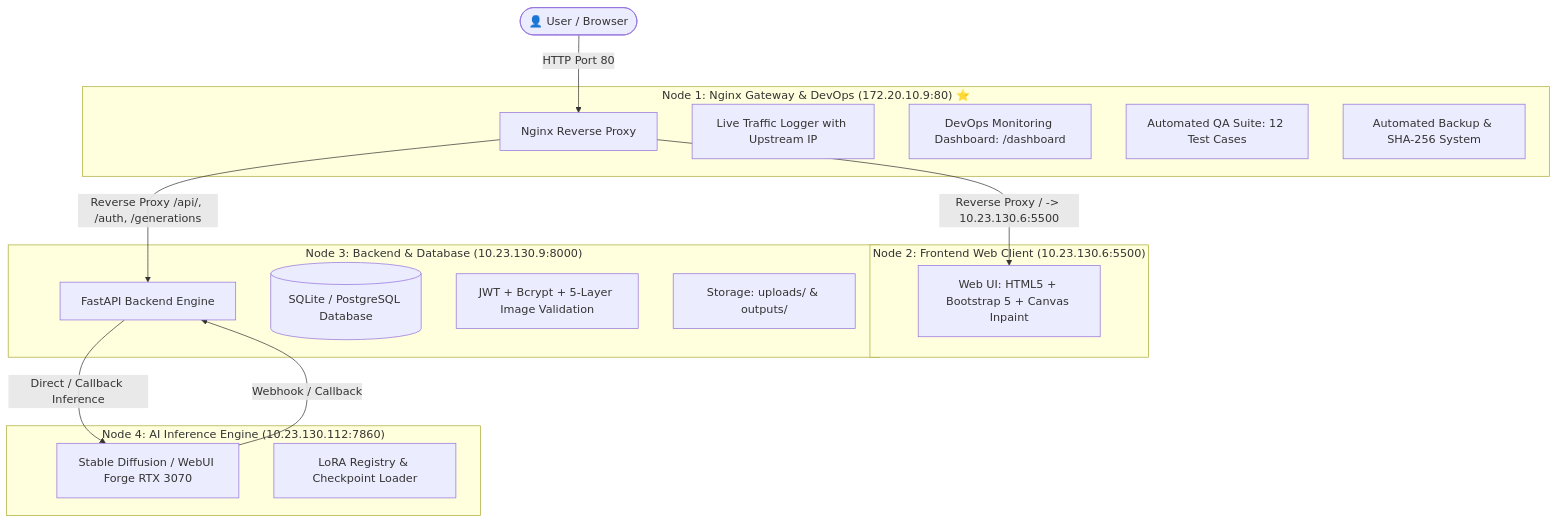
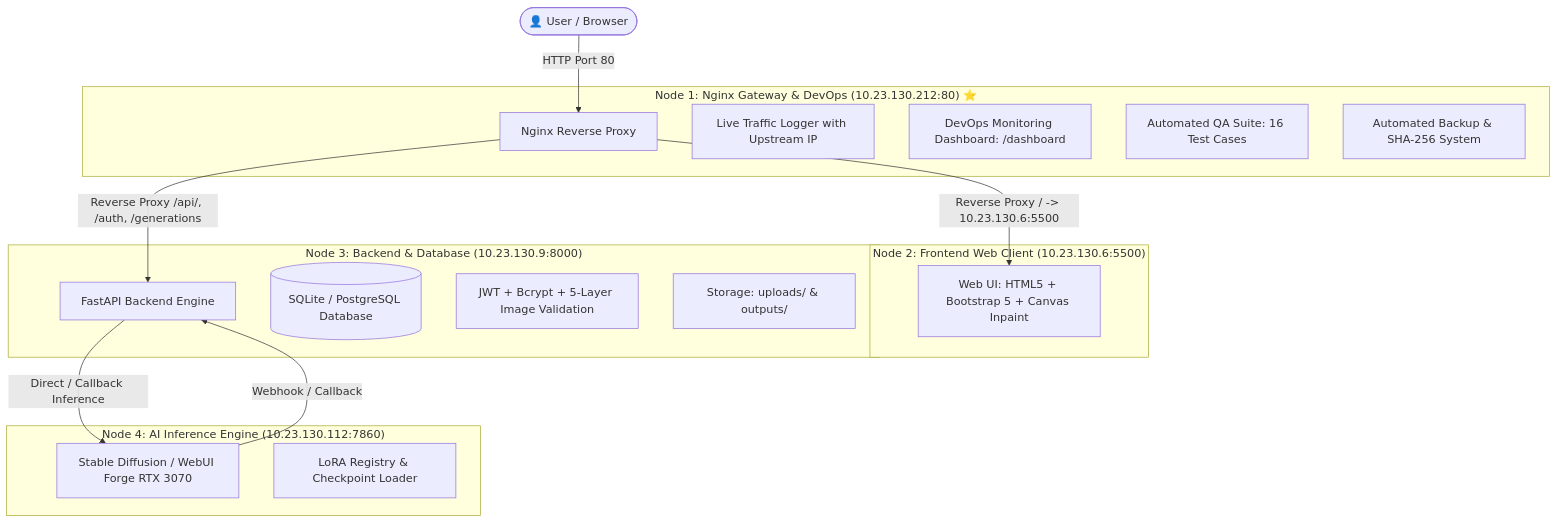
Before and after one commit to Pongkarm/Project_Luma_PKW: the diagram in README.md, drawn with Mermaid. The commit also changed other lines of this file, not shown here.

Commit message:
docs: update network topology IP to 10.23.130.212 and test verification matrix in README

````diff
--- a/README.md
+++ b/README.md
@@ -20,34 +20,34 @@
 ```mermaid
 graph TD
     User([👤 User / Browser])
 
-    subgraph Node1 ["Node 1: Nginx Gateway & DevOps (172.20.10.9:80) ⭐"]
+    subgraph Node1 ["Node 1: Nginx Gateway & DevOps (10.23.130.212:80) ⭐"]
         Nginx[Nginx Reverse Proxy]
         AccessLog[Live Traffic Logger with Upstream IP]
         Dashboard[DevOps Monitoring Dashboard: /dashboard]
-        QATest[Automated QA Suite: 12 Test Cases]
+        QATest[Automated QA Suite: 16 Test Cases]
         Backup[Automated Backup & SHA-256 System]
     end
 
     subgraph Node2 ["Node 2: Frontend Web Client (10.23.130.6:5500)"]
         UI[Web UI: HTML5 + Bootstrap 5 + Canvas Inpaint]
     end
 
     subgraph Node3 ["Node 3: Backend & Database (10.23.130.9:8000)"]
         API[FastAPI Backend Engine]
         DB[(SQLite / PostgreSQL Database)]
         Security[JWT + Bcrypt + 5-Layer Image Validation]
         Storage[Storage: uploads/ & outputs/]
     end
 
     subgraph Node4 ["Node 4: AI Inference Engine (10.23.130.112:7860)"]
         SD[Stable Diffusion / WebUI Forge RTX 3070]
         LoRA[LoRA Registry & Checkpoint Loader]
     end
 
     User -->|HTTP Port 80| Nginx
     Nginx -->|Reverse Proxy / -> 10.23.130.6:5500| UI
     Nginx -->|Reverse Proxy /api/, /auth, /generations| API
     API -->|Direct / Callback Inference| SD
     SD -->|Webhook / Callback| API
 ```
````
